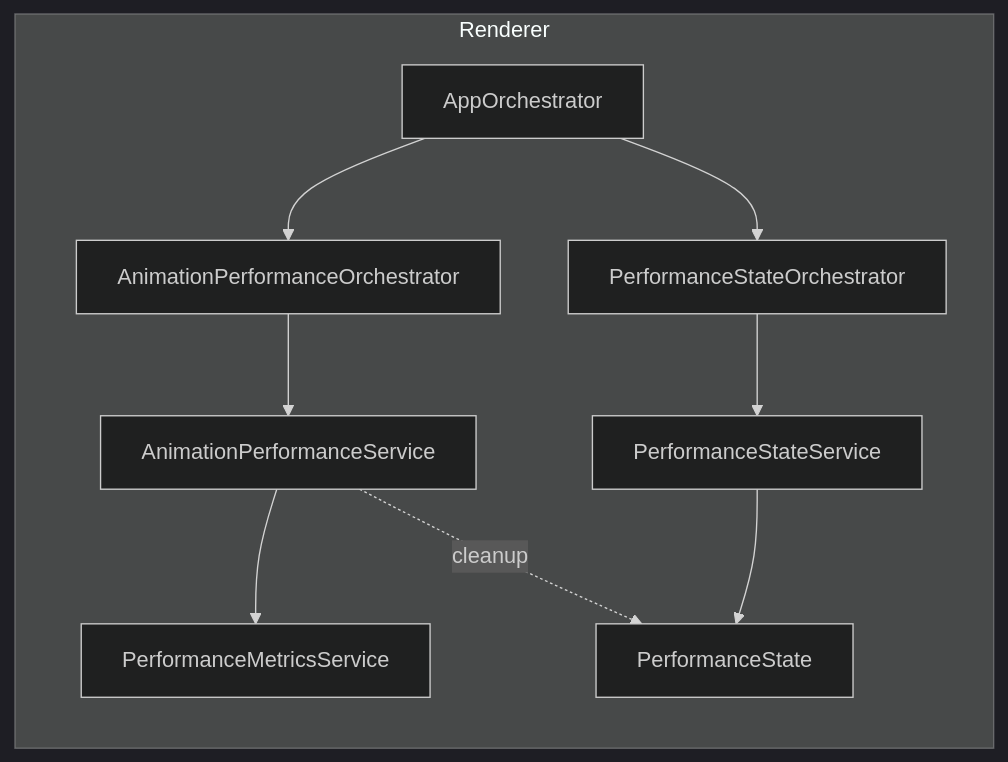
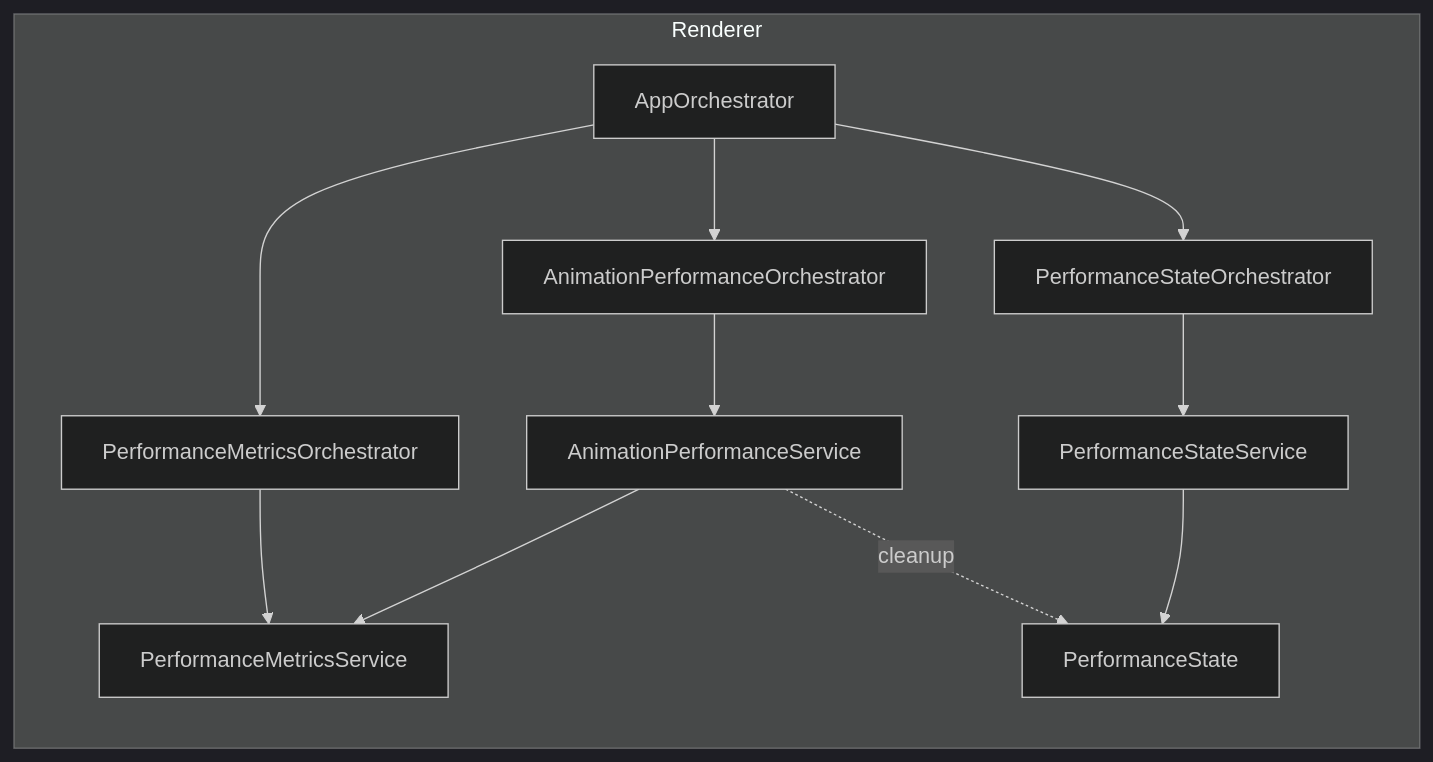
Before and after one commit to josstei/prismgb-app: the third of 6 diagrams in docs/architecture-diagrams.md, drawn with Mermaid (dark theme). The commit also changed other lines of this file and 1 other file, not shown here.

Commit message:
chore(docs): add architecture diagrams for application orchestration

````diff
--- a/docs/architecture-diagrams.md
+++ b/docs/architecture-diagrams.md
@@ -58,21 +63,24 @@
 ```mermaid
 flowchart LR
   subgraph RENDERER[Renderer]
     AppOrchestrator[AppOrchestrator]
     AnimationPerformanceOrchestrator[AnimationPerformanceOrchestrator]
     PerformanceStateOrchestrator[PerformanceStateOrchestrator]
+    PerformanceMetricsOrchestrator[PerformanceMetricsOrchestrator]
     AnimationPerformanceService[AnimationPerformanceService]
     PerformanceStateService[PerformanceStateService]
     PerformanceMetricsService[PerformanceMetricsService]
     PerformanceState[PerformanceState]
   end
 
   AppOrchestrator --> AnimationPerformanceOrchestrator
   AppOrchestrator --> PerformanceStateOrchestrator
+  AppOrchestrator --> PerformanceMetricsOrchestrator
   AnimationPerformanceOrchestrator --> AnimationPerformanceService
   AnimationPerformanceService --> PerformanceMetricsService
   PerformanceStateOrchestrator --> PerformanceStateService
   PerformanceStateService --> PerformanceState
+  PerformanceMetricsOrchestrator --> PerformanceMetricsService
 
   AnimationPerformanceService -. cleanup .-> PerformanceState
 ```
````
